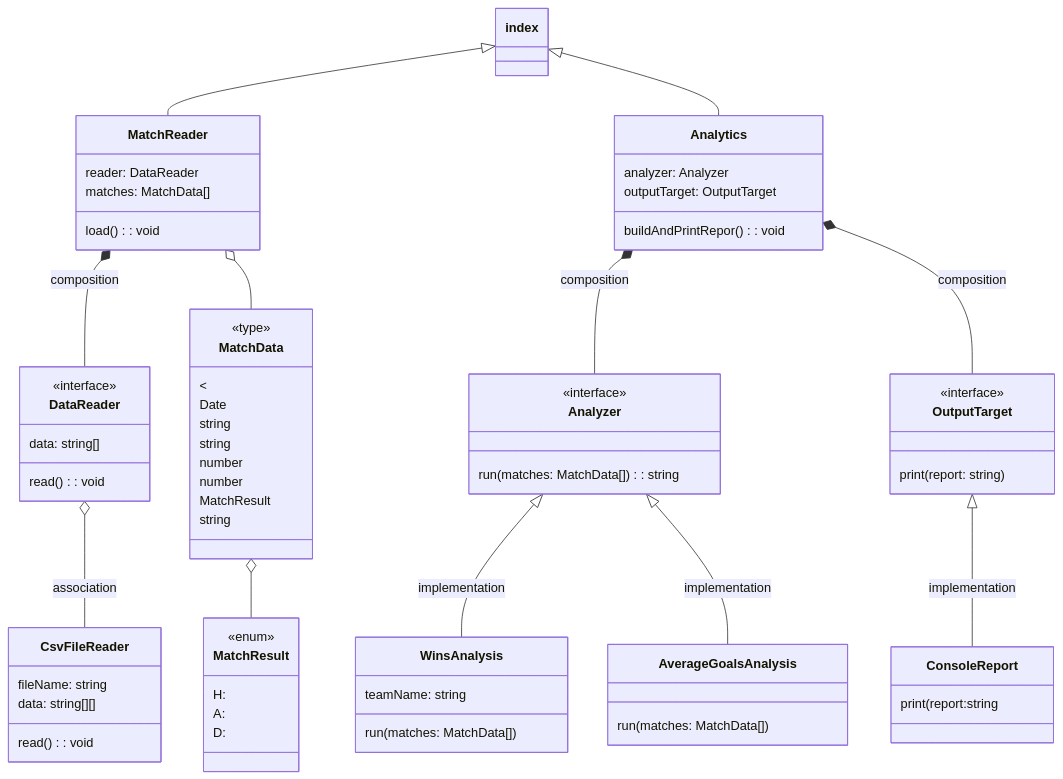
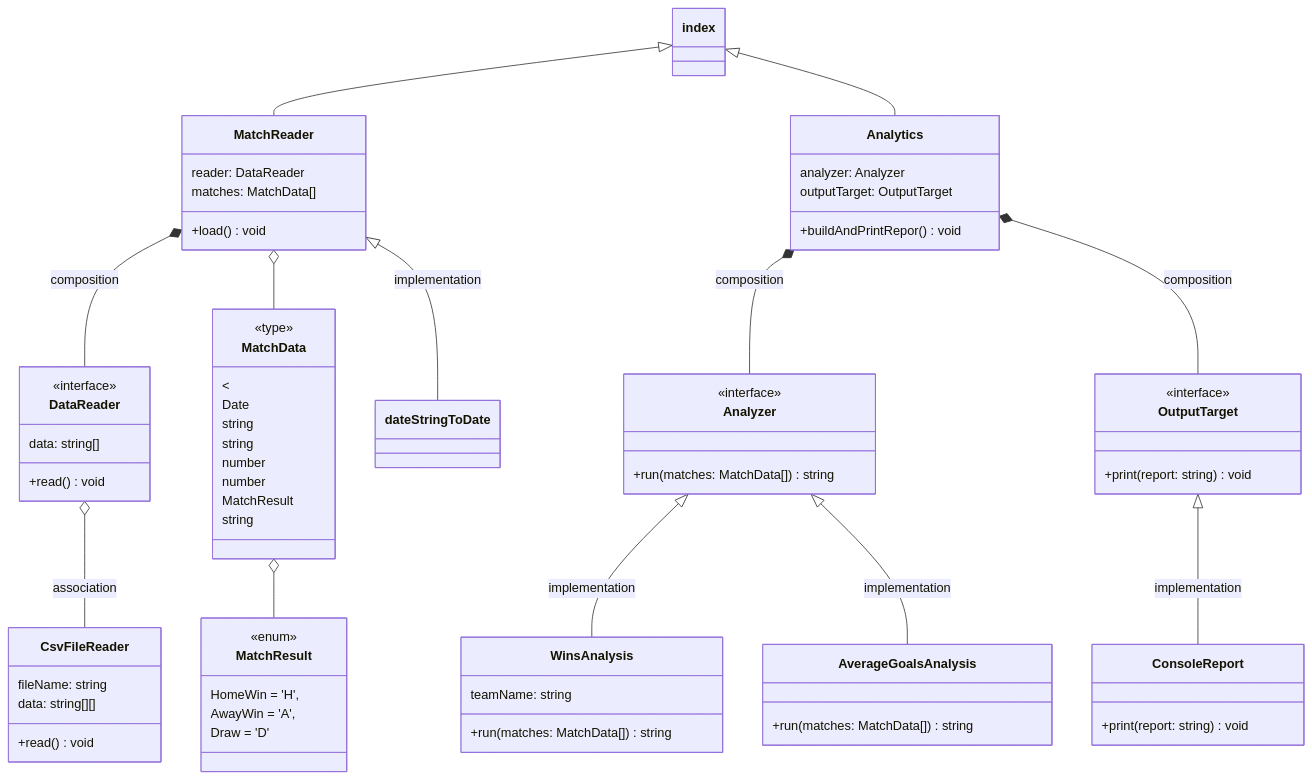
One commit to frzhen/pure-Typescript changed the first of 2 diagrams in README.md. Above: the diagram before and after it, drawn with Mermaid. The commit also changed other lines of this file, not shown here.

Commit message:
Added Inheritance ERD in README.md

````diff
--- a/README.md
+++ b/README.md
@@ -15,70 +15,71 @@
 ```mermaid
    classDiagram
    index <|-- MatchReader
    index <|-- Analytics
    class MatchReader{
    reader: DataReader 
    matches: MatchData[] 
-   load(): void
+   +load() void
    }
    MatchReader *-- DataReader: composition
    class DataReader{
    <<interface>> 
    data: string[]
-   read(): void
+   +read() void
    }
    DataReader o-- CsvFileReader: association
    class CsvFileReader{
    fileName: string
    data: string[][]
-   read(): void
+   +read() void
    }
    MatchReader o-- MatchData
    class MatchResult{
    <<enum>> 
-   H: <home team wins>
-   A: <away team wins>
-   D: <draw game>
+   HomeWin = 'H',
+   AwayWin = 'A',
+   Draw = 'D'
    }
    class MatchData{
    <<type>>
    <<tuple>
    Date
    string
    string
    number
    number
    MatchResult
    string
    }
    MatchData o-- MatchResult
    
    class Analytics{
    analyzer: Analyzer
    outputTarget: OutputTarget
-   buildAndPrintRepor(): void
+   +buildAndPrintRepor() void
    }
    Analytics *--Analyzer: composition
    Analytics *--OutputTarget: composition
    class Analyzer{
    <<interface>>
-   run(matches: MatchData[]): string
+   +run(matches: MatchData[]) string
    }
    class OutputTarget{
    <<interface>>
-   print(report: string)
+   +print(report: string) void
    }
    class WinsAnalysis{
    teamName: string
-   run(matches: MatchData[])
+   +run(matches: MatchData[]) string
    }
    Analyzer <|--WinsAnalysis: implementation
    class AverageGoalsAnalysis{
-   run(matches: MatchData[])
+   +run(matches: MatchData[]) string
    }
    Analyzer <|--AverageGoalsAnalysis: implementation
    class ConsoleReport{
-   print(report:string
+   +print(report: string) void
    }
    OutputTarget <|-- ConsoleReport: implementation
+   MatchReader <|-- dateStringToDate: implementation
 ```
````
